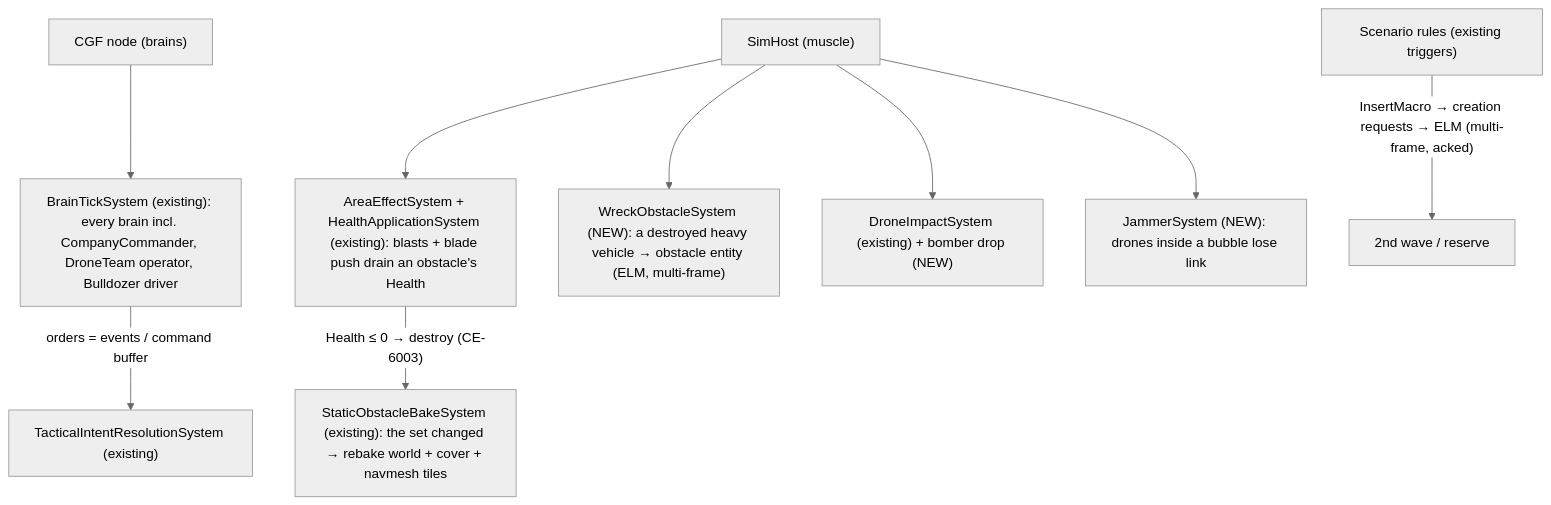
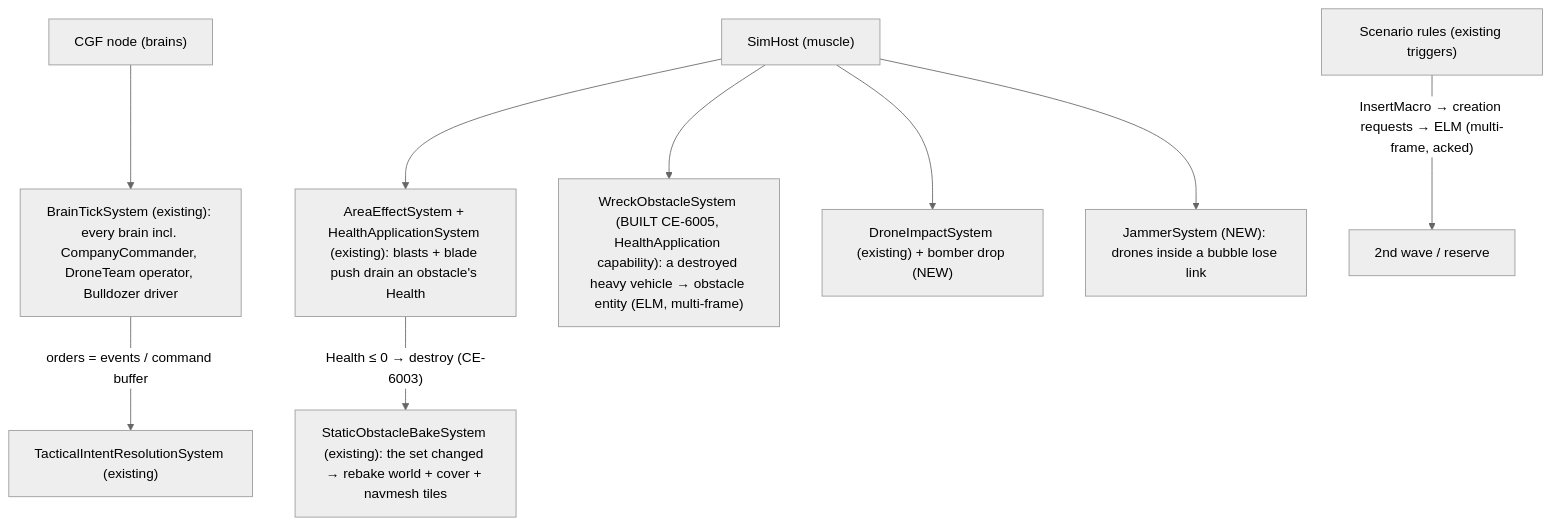
The sixth of 6 diagrams in docs/designs/group-maneuvers/DESIGN_City_Battle_Showcase.md (pjanec/HROT), drawn with Mermaid (neutral theme) before and after one commit. The commit also changed other lines of this file and 13 other files, not shown here.

First line of the commit message:
CE-6005: a heavy vehicle's wreck blocks the street

````diff
--- a/docs/designs/group-maneuvers/DESIGN_City_Battle_Showcase.md
+++ b/docs/designs/group-maneuvers/DESIGN_City_Battle_Showcase.md
@@ -298,11 +298,11 @@
 ```mermaid
 graph TD
   CGF["CGF node (brains)"] --> BT["BrainTickSystem (existing): every brain incl. CompanyCommander, DroneTeam operator, Bulldozer driver"]
   BT -->|"orders = events / command buffer"| TIR["TacticalIntentResolutionSystem (existing)"]
   SIM["SimHost (muscle)"] --> OHS["AreaEffectSystem + HealthApplicationSystem (existing): blasts + blade push drain an obstacle's Health"]
   OHS -->|"Health ≤ 0 → destroy (CE-6003)"| REM["StaticObstacleBakeSystem (existing): the set changed → rebake world + cover + navmesh tiles"]
-  SIM --> WRK["WreckObstacleSystem (NEW): a destroyed heavy vehicle → obstacle entity (ELM, multi-frame)"]
+  SIM --> WRK["WreckObstacleSystem (BUILT CE-6005, HealthApplication capability): a destroyed heavy vehicle → obstacle entity (ELM, multi-frame)"]
   SIM --> DRN["DroneImpactSystem (existing) + bomber drop (NEW)"]
   SIM --> JAM["JammerSystem (NEW): drones inside a bubble lose link"]
   SCN["Scenario rules (existing triggers)"] -->|"InsertMacro → creation requests → ELM (multi-frame, acked)"| WAVE["2nd wave / reserve"]
 ```
````
